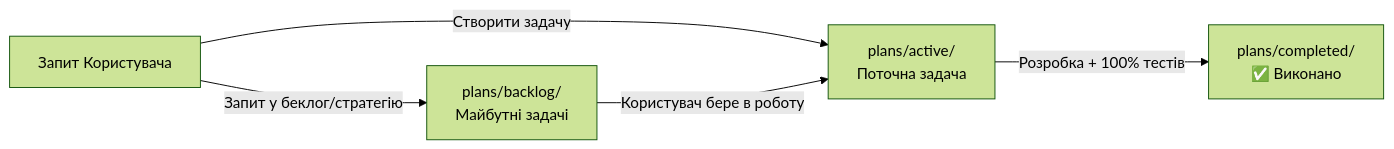
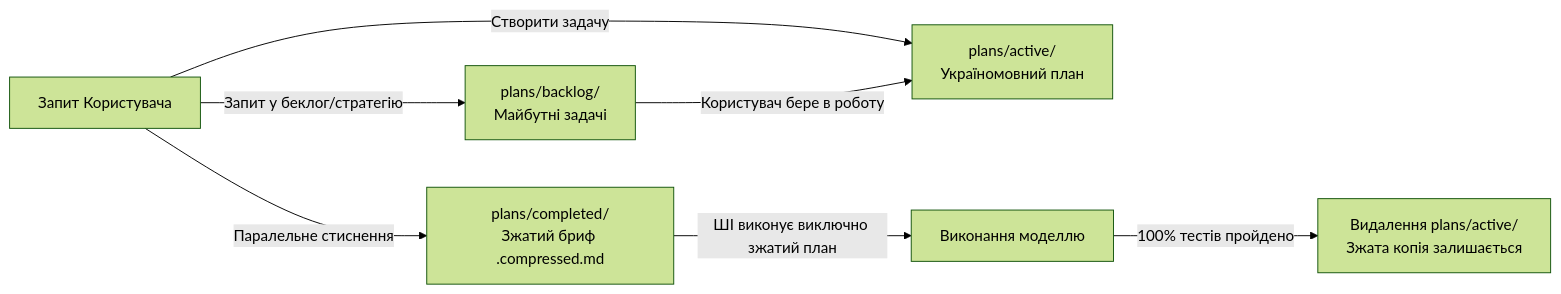
One commit to OlegFutornoi/SmartFeedStudio changed the diagram in plans/README.md. Above: the diagram before and after it, drawn with Mermaid (forest theme). The commit also changed other lines of this file and 169 other files, not shown here.

First line of the commit message:
feat(agents): evolve agent system v2.0 with evals, deterministic hooks, and dual-plan architecture [skip ci]

````diff
--- a/plans/README.md
+++ b/plans/README.md
@@ -9,7 +9,9 @@
 ```mermaid
 graph LR
-    User[Запит Користувача] -->|Створити задачу| Active[plans/active/<br/>Поточна задача]
+    User[Запит Користувача] -->|Створити задачу| Active[plans/active/<br/>Україномовний план]
+    User -->|Паралельне стиснення| Completed[plans/completed/<br/>Зжатий бриф .compressed.md]
     User -->|Запит у беклог/стратегію| Backlog[plans/backlog/<br/>Майбутні задачі]
     Backlog -->|Користувач бере в роботу| Active
-    Active -->|Розробка + 100% тестів| Completed[plans/completed/<br/>✅ Виконано]
+    Completed -->|ШІ виконує виключно зжатий план| Exec[Виконання моделлю]
+    Exec -->|100% тестів пройдено| Cleanup[Видалення plans/active/<br/>Зжата копія залишається]
 ```
````
